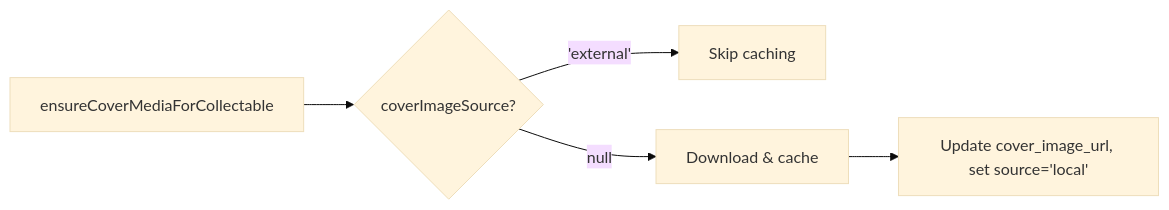
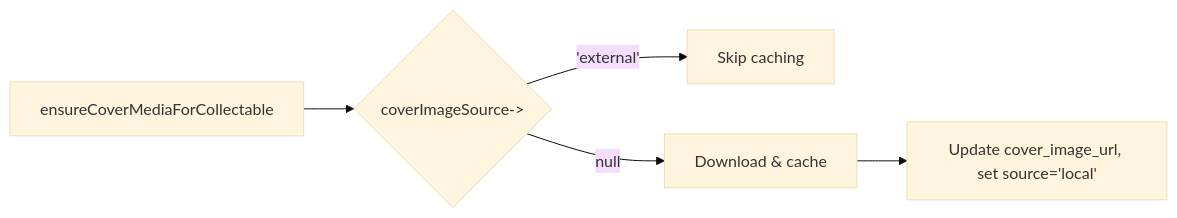
Before and after one commit to fTr0ut/ShelvesAI: the fifth of 5 diagrams in AGENTS/workflow.md, drawn with Mermaid (base theme). The commit also changed other lines of this file and 8 other files, not shown here.

````diff
--- a/AGENTS/workflow.md
+++ b/AGENTS/workflow.md
@@ -348,7 +383,7 @@
 ```mermaid
 flowchart LR
-    A[ensureCoverMediaForCollectable] --> B{coverImageSource?}
+    A[ensureCoverMediaForCollectable] --> B{coverImageSource->}
     B -->|'external'| C[Skip caching]
     B -->|null| D[Download & cache]
     D --> E[Update cover_image_url, set source='local']
 ```
````
